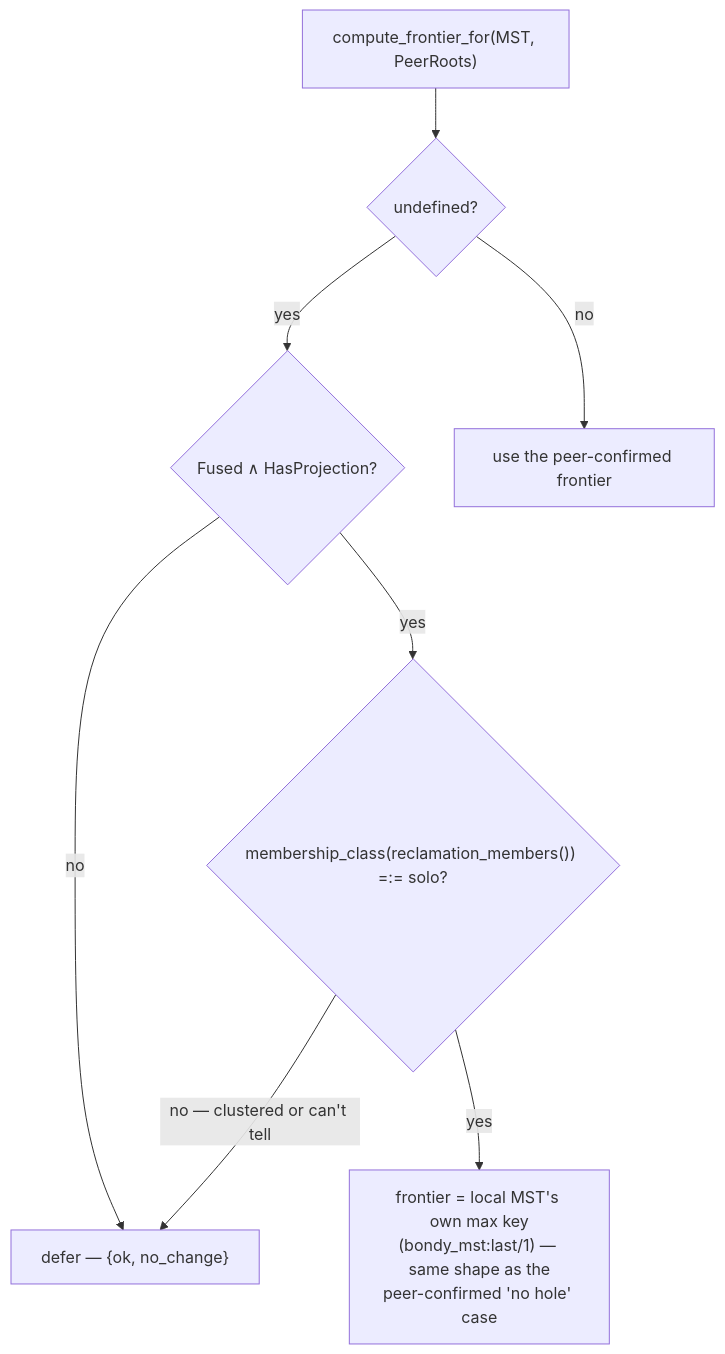
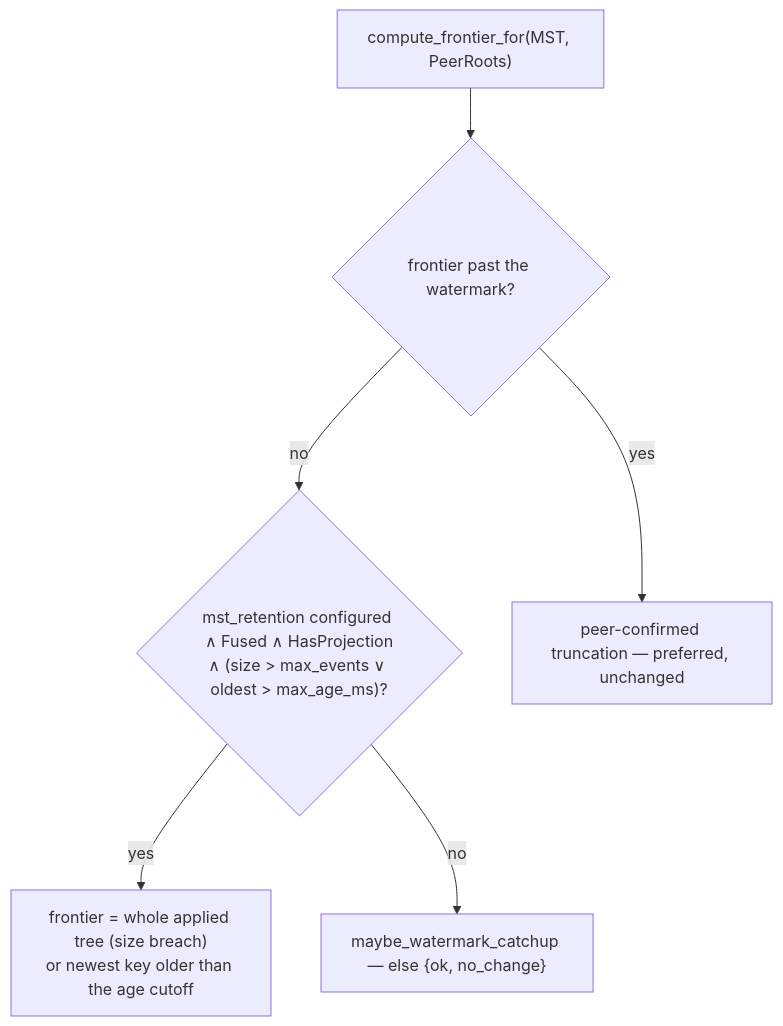
One commit to bondy-io/bondy changed the fourth of 15 diagrams in apps/bondy_db/doc_extras/architecture/06_compaction_and_bootstrap.md. Above: the diagram before and after it, drawn with Mermaid. The commit also changed other lines of this file and 19 other files, not shown here.

Commit message:
Fixed bondy_oplog_gc_scheduler head-of-line starvation, MST page leak on ETS, and other fixes

````diff
--- a/apps/bondy_db/doc_extras/architecture/06_compaction_and_bootstrap.md
+++ b/apps/bondy_db/doc_extras/architecture/06_compaction_and_bootstrap.md
@@ -139,17 +155,14 @@
 ```mermaid
 flowchart TB
     CF["compute_frontier_for(MST, PeerRoots)"]
-    UD{"undefined?"}
-    GATE{"Fused ∧ HasProjection?"}
-    SOLO{"membership_class(reclamation_members()) =:= solo?"}
-    LOCAL["frontier = local MST's own max key<br/>(bondy_mst:last/1) — same shape as the<br/>peer-confirmed 'no hole' case"]
-    DEFER["defer — {ok, no_change}"]
+    UD{"frontier past the watermark?"}
+    RET{"mst_retention configured ∧ Fused ∧ HasProjection<br/>∧ (size > max_events ∨ oldest > max_age_ms)?"}
+    RFRONT["frontier = whole applied tree (size breach)<br/>or newest key older than the age cutoff"]
+    CATCH["maybe_watermark_catchup — else {ok, no_change}"]
 
     CF --> UD
-    UD -->|no| Frontier[use the peer-confirmed frontier]
-    UD -->|yes| GATE
-    GATE -->|no| DEFER
-    GATE -->|yes| SOLO
-    SOLO -->|yes| LOCAL
-    SOLO -->|no — clustered or can't tell| DEFER
+    UD -->|yes| Frontier[peer-confirmed truncation — preferred, unchanged]
+    UD -->|no| RET
+    RET -->|yes| RFRONT
+    RET -->|no| CATCH
 ```
````
